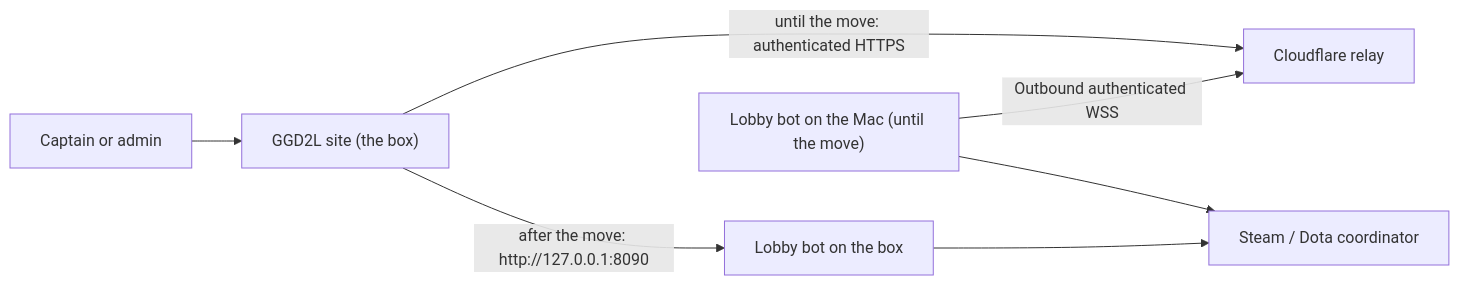
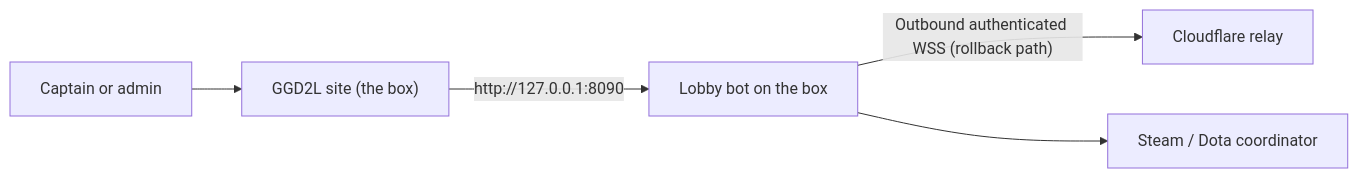
One commit to timothyjjcrow/under-5k-league changed the diagram in docs/DOTA-LOBBY-BOT.md. Above: the diagram before and after it, drawn with Mermaid. The commit also changed other lines of this file and 6 other files, not shown here.

First line of the commit message:
Docs: the lobby bot runs on the box, and both leagues call it over loopback

````diff
--- a/docs/DOTA-LOBBY-BOT.md
+++ b/docs/DOTA-LOBBY-BOT.md
@@ -11,9 +11,7 @@
 ```mermaid
 flowchart LR
   Captain[Captain or admin] --> Site["GGD2L site (the box)"]
-  Site -->|"until the move: authenticated HTTPS"| Relay[Cloudflare relay]
-  Mac["Lobby bot on the Mac (until the move)"] -->|Outbound authenticated WSS| Relay
-  Site -->|"after the move: http://127.0.0.1:8090"| Box["Lobby bot on the box"]
-  Mac --> Steam[Steam / Dota coordinator]
-  Box --> Steam
+  Site -->|"http://127.0.0.1:8090"| Box["Lobby bot on the box"]
+  Box -->|"Outbound authenticated WSS (rollback path)"| Relay[Cloudflare relay]
+  Box --> Steam[Steam / Dota coordinator]
 ```
````
